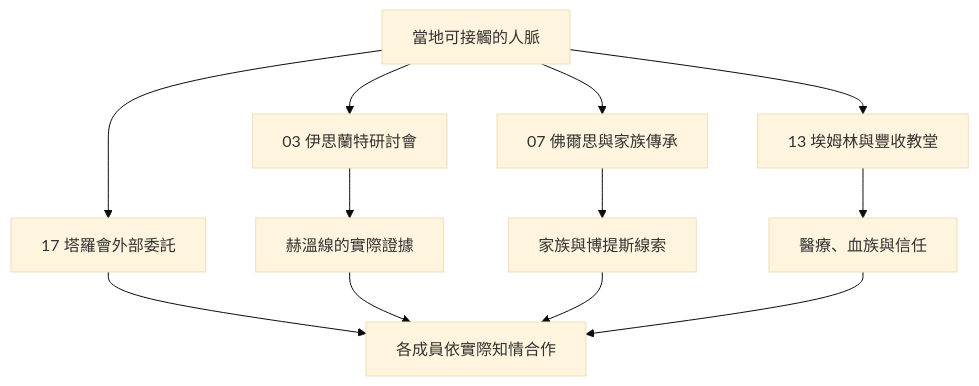
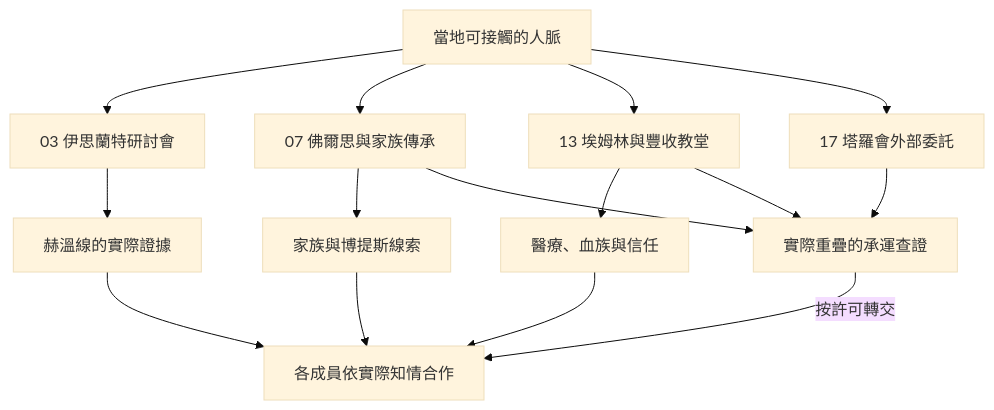
Before and after one commit to dragon961204-cmd/-: the fourth of 7 diagrams in game/events/part_one_story_tree.md, drawn with Mermaid (base theme). The commit also changed other lines of this file, not shown here.

Commit message:
串接第十一批外部聯絡至part_one_story_tree.md

````diff
--- a/game/events/part_one_story_tree.md
+++ b/game/events/part_one_story_tree.md
@@ -70,14 +70,17 @@
 ```mermaid
 flowchart TD
     A["當地可接觸的人脈"] --> B["03 伊思蘭特研討會"]
     A --> C["07 佛爾思與家族傳承"]
     A --> D["13 埃姆林與豐收教堂"]
     A --> E["17 塔羅會外部委託"]
     B --> F["赫溫線的實際證據"]
     C --> G["家族與博提斯線索"]
     D --> H["醫療、血族與信任"]
-    E --> I["各成員依實際知情合作"]
+    C --> J["實際重疊的承運查證"]
+    D --> J
+    E --> J
+    J -->|"按許可轉交"| I["各成員依實際知情合作"]
     F --> I
     G --> I
     H --> I
 ```
````
